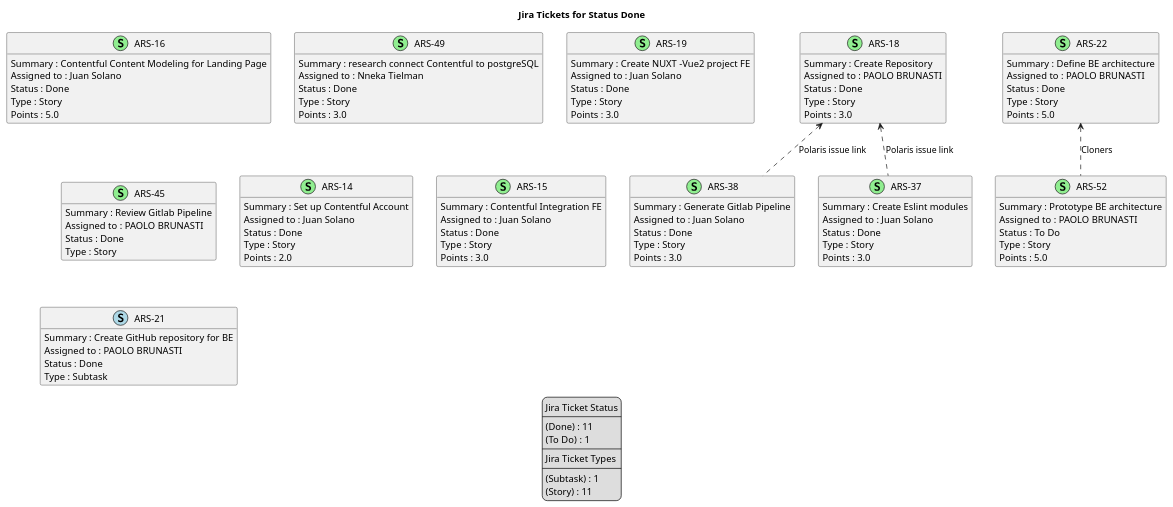
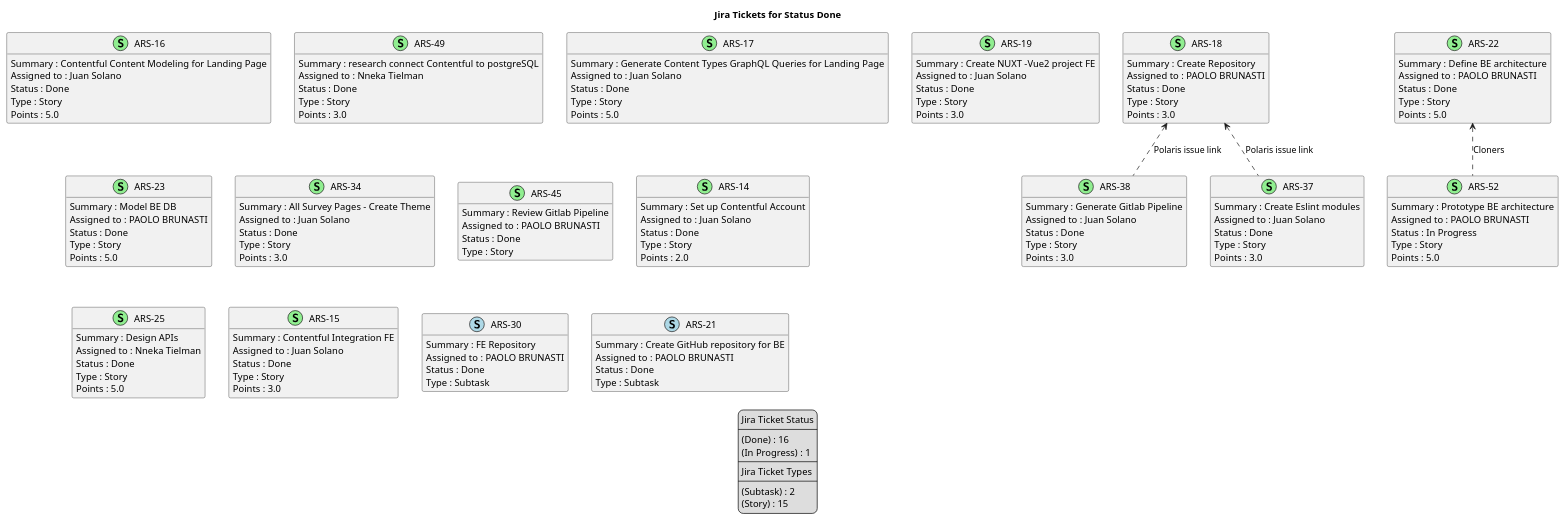
One commit to brunasti/jiraplotter changed the diagram in docs/nexus/jira-Status-Done.puml. Above: the diagram before and after it, drawn with PlantUML. The commit also changed 19 other files, not shown here.

```diff
--- a/docs/nexus/jira-Status-Done.puml
+++ b/docs/nexus/jira-Status-Done.puml
@@ -1,126 +1,165 @@
 @startuml
 'https://plantuml.com/class-diagram
 
 ' GENERATE CLASS DIAGRAM ===========
-' Generated at    : Tue May 14 12:25:21 CEST 2024
+' Generated at    : Tue May 14 15:35:46 CEST 2024
 
 title Jira Tickets for Status Done
 hide empty members
 
 legend
 Jira Ticket Status
 ----
-(Done) : 11
-(To Do) : 1
+(Done) : 16
+(In Progress) : 1
 ----
 Jira Ticket Types
 ----
-(Subtask) : 1
-(Story) : 11
+(Subtask) : 2
+(Story) : 15
 end legend
 
 
 ' Tickets =======
 class "ARS-16" << (S,lightgreen) >> {
   Summary : Contentful Content Modeling for Landing Page
   Assigned to : Juan Solano
   Status : Done
   Type : Story
   Points : 5.0
 }
 
 class "ARS-38" << (S,lightgreen) >> {
   Summary : Generate Gitlab Pipeline
   Assigned to : Juan Solano
   Status : Done
   Type : Story
   Points : 3.0
 }
 
 class "ARS-49" << (S,lightgreen) >> {
   Summary : research connect Contentful to postgreSQL
   Assigned to : Nneka Tielman
   Status : Done
   Type : Story
   Points : 3.0
 }
 
+class "ARS-17" << (S,lightgreen) >> {
+  Summary : Generate Content Types GraphQL Queries for Landing Page
+  Assigned to : Juan Solano
+  Status : Done
+  Type : Story
+  Points : 5.0
+}
+
 class "ARS-18" << (S,lightgreen) >> {
   Summary : Create Repository
   Assigned to : PAOLO BRUNASTI
   Status : Done
   Type : Story
   Points : 3.0
 }
 
 class "ARS-19" << (S,lightgreen) >> {
   Summary : Create NUXT -Vue2 project FE
+  Assigned to : Juan Solano
+  Status : Done
+  Type : Story
+  Points : 3.0
+}
+
+class "ARS-23" << (S,lightgreen) >> {
+  Summary : Model BE DB
+  Assigned to : PAOLO BRUNASTI
+  Status : Done
+  Type : Story
+  Points : 5.0
+}
+
+class "ARS-34" << (S,lightgreen) >> {
+  Summary : All Survey Pages - Create Theme
   Assigned to : Juan Solano
   Status : Done
   Type : Story
   Points : 3.0
 }
 
 class "ARS-45" << (S,lightgreen) >> {
   Summary : Review Gitlab Pipeline
   Assigned to : PAOLO BRUNASTI
   Status : Done
   Type : Story
 }
 
 class "ARS-14" << (S,lightgreen) >> {
   Summary : Set up Contentful Account
   Assigned to : Juan Solano
   Status : Done
   Type : Story
   Points : 2.0
 }
 
+class "ARS-25" << (S,lightgreen) >> {
+  Summary : Design APIs
+  Assigned to : Nneka Tielman
+  Status : Done
+  Type : Story
+  Points : 5.0
+}
+
 class "ARS-37" << (S,lightgreen) >> {
   Summary : Create Eslint modules
   Assigned to : Juan Solano
   Status : Done
   Type : Story
   Points : 3.0
 }
 
 class "ARS-15" << (S,lightgreen) >> {
   Summary : Contentful Integration FE
   Assigned to : Juan Solano
   Status : Done
   Type : Story
   Points : 3.0
 }
 
 class "ARS-52" << (S,lightgreen) >> {
   Summary : Prototype BE architecture
   Assigned to : PAOLO BRUNASTI
-  Status : To Do
+  Status : In Progress
   Type : Story
   Points : 5.0
+}
+
+class "ARS-30" << (S,lightblue) >> {
+  Summary : FE Repository
+  Assigned to : PAOLO BRUNASTI
+  Status : Done
+  Type : Subtask
 }
 
 class "ARS-21" << (S,lightblue) >> {
   Summary : Create GitHub repository for BE
   Assigned to : PAOLO BRUNASTI
   Status : Done
   Type : Subtask
 }
 
 class "ARS-22" << (S,lightgreen) >> {
   Summary : Define BE architecture
   Assigned to : PAOLO BRUNASTI
   Status : Done
   Type : Story
   Points : 5.0
 }
 
 
 
 ' Links =======
 "ARS-18" <.. "ARS-37" : Polaris issue link
 "ARS-18" <.. "ARS-38" : Polaris issue link
 "ARS-22" <.. "ARS-52" : Cloners
 
 
 @enduml
```
